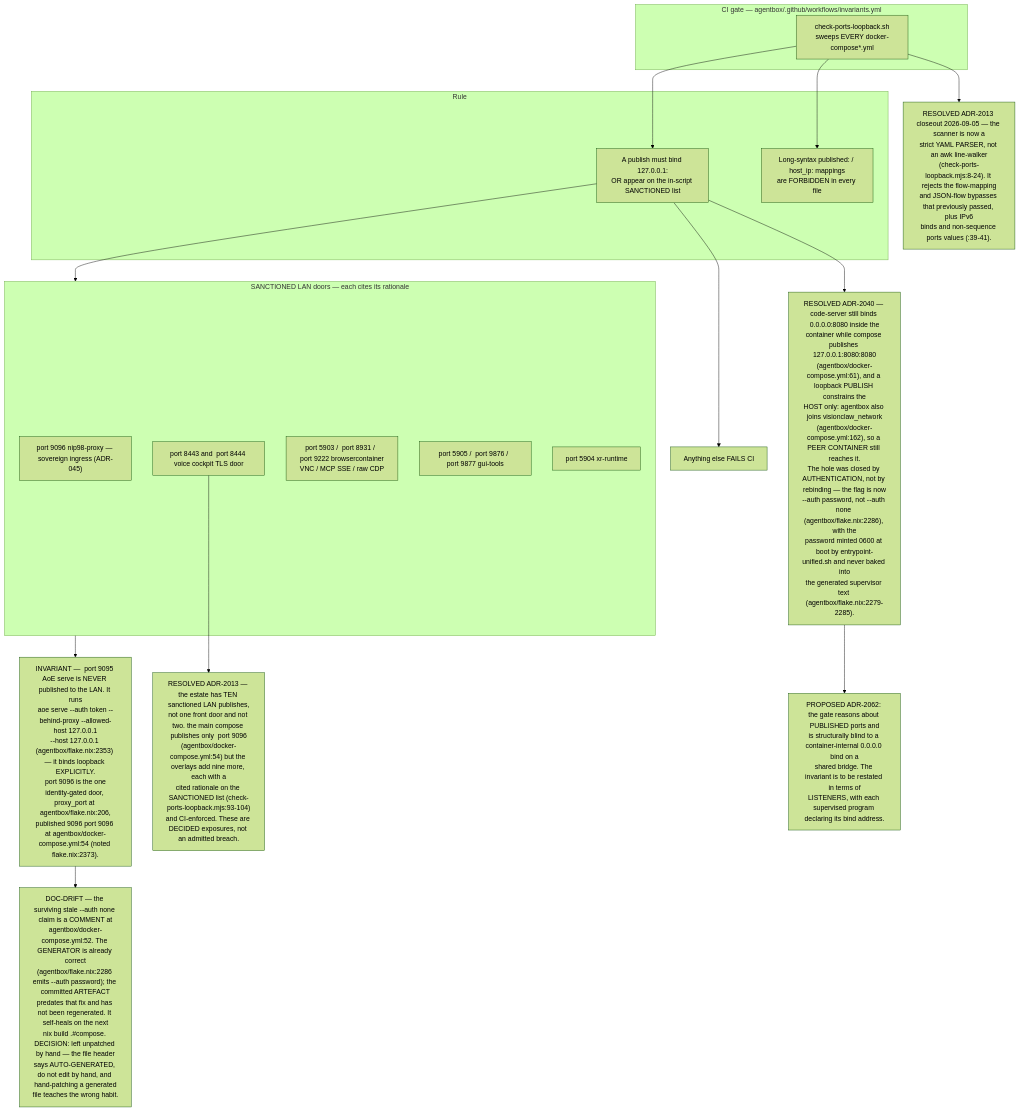
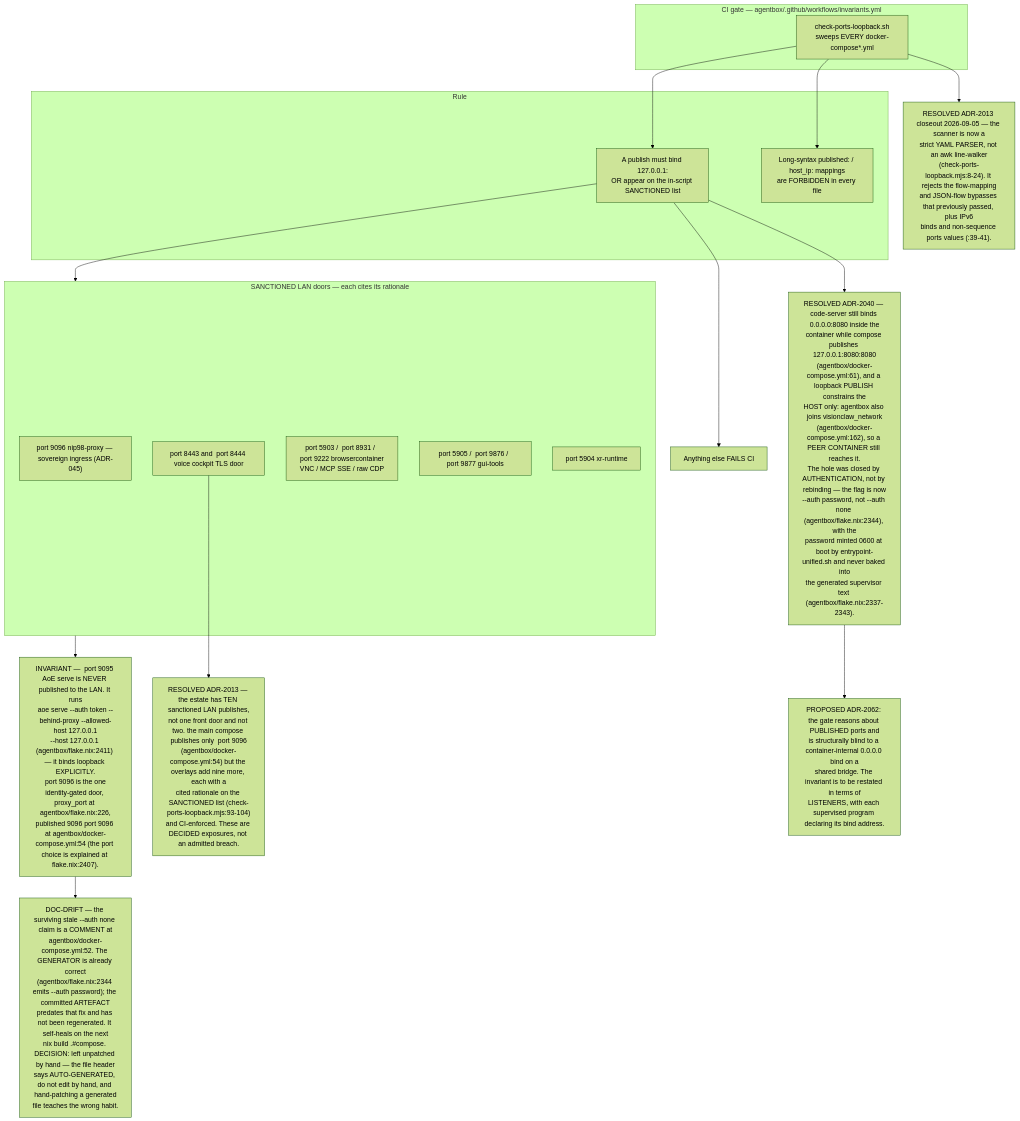
Before and after one commit to DreamLab-AI/VisionFlow: the eighth of 11 diagrams in docs/diagrams/estate/10-deployment-and-security-profiles.md, drawn with Mermaid (forest theme). The commit also changed other lines of this file and 12 other files, not shown here.

````diff
--- a/docs/diagrams/estate/10-deployment-and-security-profiles.md
+++ b/docs/diagrams/estate/10-deployment-and-security-profiles.md
@@ -289,35 +292,35 @@
 ```mermaid
 flowchart TB
     subgraph ci["CI gate — agentbox/.github/workflows/invariants.yml"]
         SC["check-ports-loopback.sh<br/>sweeps EVERY docker-compose*.yml"]
     end
     subgraph rule["Rule"]
         R1["A publish must bind 127.0.0.1:<br/>OR appear on the in-script SANCTIONED list"]
         R2["Long-syntax published: / host_ip: mappings<br/>are FORBIDDEN in every file"]
     end
     subgraph sanctioned["SANCTIONED LAN doors — each cites its rationale"]
         P1[" port 9096 nip98-proxy — sovereign ingress (ADR-045)"]
         P2[" port 8443 and  port 8444 voice cockpit TLS door"]
         P3[" port 5903 /  port 8931 /  port 9222 browsercontainer<br/>VNC / MCP SSE / raw CDP"]
         P4[" port 5905 /  port 9876 /  port 9877 gui-tools"]
         P5[" port 5904 xr-runtime"]
     end
     FAIL["Anything else FAILS CI"]
-    INV["INVARIANT —  port 9095 AoE serve is NEVER published to the LAN. It runs<br/>aoe serve --auth token --behind-proxy --allowed-host 127.0.0.1<br/>--host 127.0.0.1 (agentbox/flake.nix:2353) — it binds loopback EXPLICITLY.<br/> port 9096 is the one identity-gated door, proxy_port at agentbox/flake.nix:206,<br/>published 9096 port 9096 at agentbox/docker-compose.yml:54 (noted flake.nix:2373)."]
+    INV["INVARIANT —  port 9095 AoE serve is NEVER published to the LAN. It runs<br/>aoe serve --auth token --behind-proxy --allowed-host 127.0.0.1<br/>--host 127.0.0.1 (agentbox/flake.nix:2411) — it binds loopback EXPLICITLY.<br/> port 9096 is the one identity-gated door, proxy_port at agentbox/flake.nix:226,<br/>published 9096 port 9096 at agentbox/docker-compose.yml:54 (the port choice is explained at flake.nix:2407)."]
     D1["RESOLVED ADR-2013 — the estate has TEN sanctioned LAN publishes,<br/>not one front door and not two. the main compose publishes only  port 9096<br/>(agentbox/docker-compose.yml:54) but the overlays add nine more, each with a<br/>cited rationale on the SANCTIONED list (check-ports-loopback.mjs:93-104)<br/>and CI-enforced. These are DECIDED exposures, not an admitted breach."]
     D2["RESOLVED ADR-2013 closeout 2026-09-05 — the scanner is now a<br/>strict YAML PARSER, not an awk line-walker<br/>(check-ports-loopback.mjs:8-24). It rejects the flow-mapping<br/>and JSON-flow bypasses that previously passed, plus IPv6<br/>binds and non-sequence ports values (:39-41)."]
-    D3["RESOLVED ADR-2040 — code-server still binds 0.0.0.0:8080 inside the<br/>container while compose publishes 127.0.0.1:8080:8080<br/>(agentbox/docker-compose.yml:61), and a loopback PUBLISH constrains the<br/>HOST only: agentbox also joins visionclaw_network<br/>(agentbox/docker-compose.yml:162), so a PEER CONTAINER still reaches it.<br/>The hole was closed by AUTHENTICATION, not by rebinding — the flag is now<br/>--auth password, not --auth none (agentbox/flake.nix:2286), with the<br/>password minted 0600 at boot by entrypoint-unified.sh and never baked into<br/>the generated supervisor text (agentbox/flake.nix:2279-2285)."]
+    D3["RESOLVED ADR-2040 — code-server still binds 0.0.0.0:8080 inside the<br/>container while compose publishes 127.0.0.1:8080:8080<br/>(agentbox/docker-compose.yml:61), and a loopback PUBLISH constrains the<br/>HOST only: agentbox also joins visionclaw_network<br/>(agentbox/docker-compose.yml:162), so a PEER CONTAINER still reaches it.<br/>The hole was closed by AUTHENTICATION, not by rebinding — the flag is now<br/>--auth password, not --auth none (agentbox/flake.nix:2344), with the<br/>password minted 0600 at boot by entrypoint-unified.sh and never baked into<br/>the generated supervisor text (agentbox/flake.nix:2337-2343)."]
     D5["PROPOSED ADR-2062: the gate reasons about PUBLISHED ports and<br/>is structurally blind to a container-internal 0.0.0.0 bind on a<br/>shared bridge. The invariant is to be restated in terms of<br/>LISTENERS, with each supervised program declaring its bind address."]
-    D4["DOC-DRIFT — the surviving stale --auth none claim is a COMMENT at<br/>agentbox/docker-compose.yml:52. The GENERATOR is already correct<br/>(agentbox/flake.nix:2286 emits --auth password); the committed ARTEFACT<br/>predates that fix and has not been regenerated. It self-heals on the next<br/>nix build .#compose. DECISION: left unpatched by hand — the file header<br/>says AUTO-GENERATED, do not edit by hand, and hand-patching a generated<br/>file teaches the wrong habit."]
+    D4["DOC-DRIFT — the surviving stale --auth none claim is a COMMENT at<br/>agentbox/docker-compose.yml:52. The GENERATOR is already correct<br/>(agentbox/flake.nix:2344 emits --auth password); the committed ARTEFACT<br/>predates that fix and has not been regenerated. It self-heals on the next<br/>nix build .#compose. DECISION: left unpatched by hand — the file header<br/>says AUTO-GENERATED, do not edit by hand, and hand-patching a generated<br/>file teaches the wrong habit."]
 
     SC --> R1
     SC --> R2
     R1 --> sanctioned
     R1 --> FAIL
     sanctioned --> INV
     P2 --> D1
     SC --> D2
     R1 --> D3
     INV --> D4
     D3 --> D5
 ```
````
